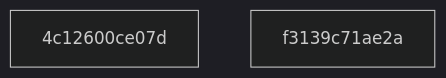
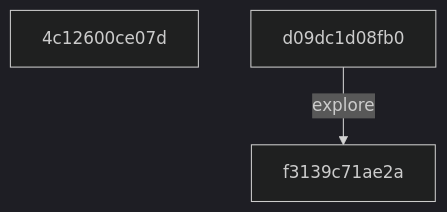
The diagram in README.md (timbtz/feyer-search-lab), drawn with Mermaid (dark theme) before and after one commit. The commit also changed other lines of this file and 1 other file, not shown here.

````diff
--- a/README.md
+++ b/README.md
@@ -23,5 +23,7 @@
 ```mermaid
 graph TD
   c0["4c12600ce07d"]
-  c1["f3139c71ae2a"]
+  c1["d09dc1d08fb0"]
+  c2["f3139c71ae2a"]
+  c1 -->|explore| c2
 ```
````
